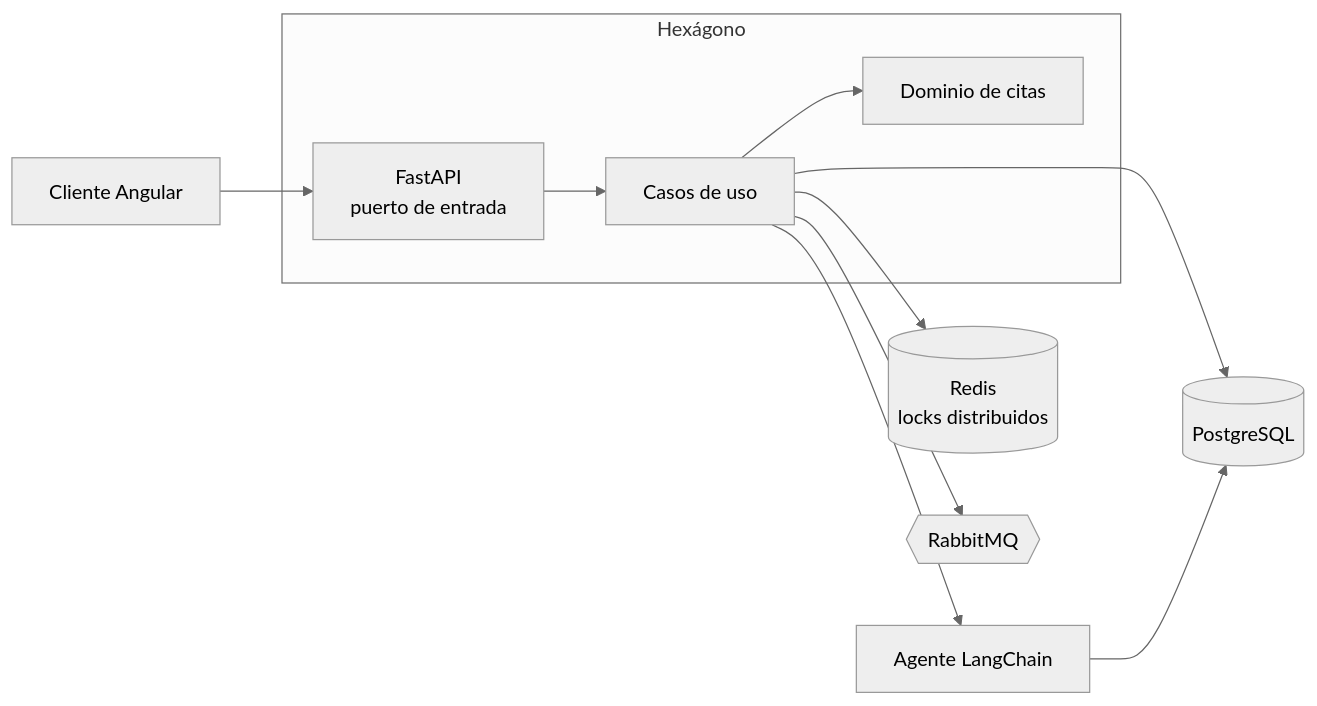
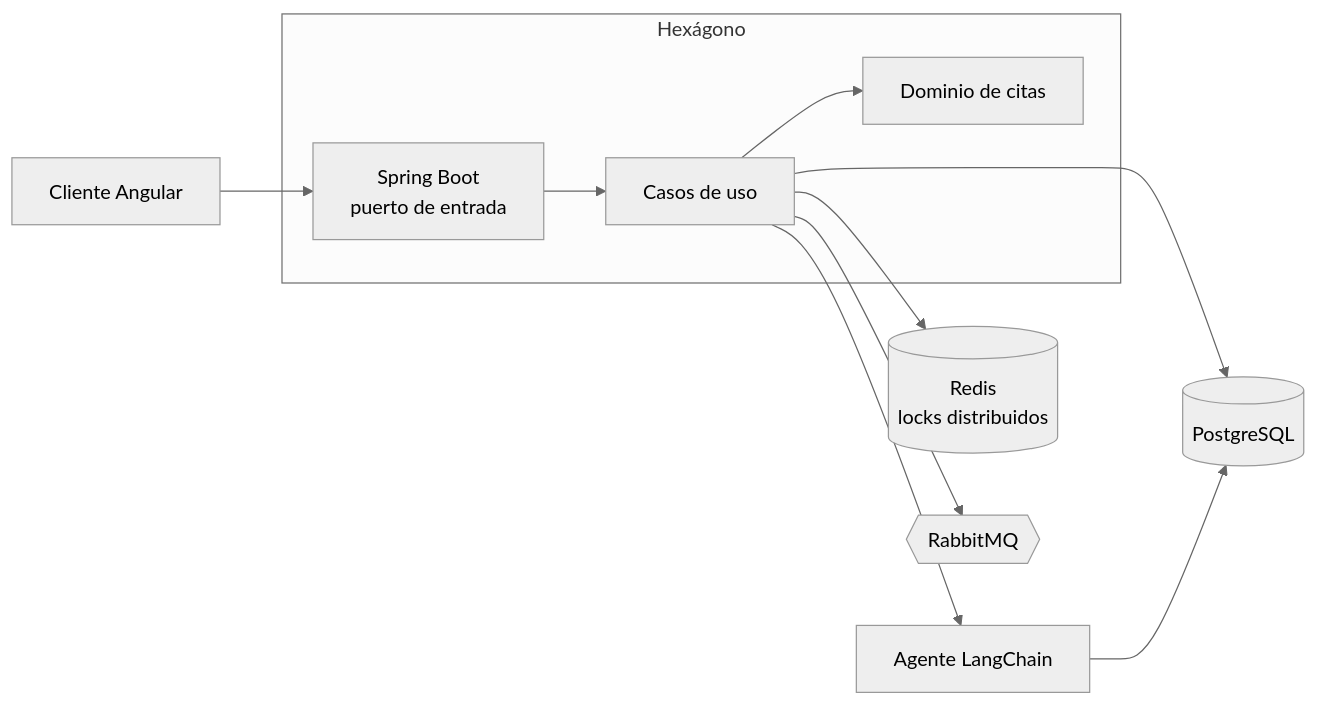
One commit to eduballesteros/eduballesteros changed the second of 2 diagrams in README.md. Above: the diagram before and after it, drawn with Mermaid (neutral theme). The commit also changed other lines of this file, not shown here.

Commit message:
Update technology stack from FastAPI to Spring Boot

````diff
--- a/README.md
+++ b/README.md
@@ -73,13 +73,13 @@
 ```mermaid
 flowchart LR
-    C["Cliente Angular"] --> API["FastAPI<br/>puerto de entrada"]
+    C["Cliente Angular"] --> API["Spring Boot<br/>puerto de entrada"]
     subgraph HEX["Hexágono"]
         API --> UC["Casos de uso"]
         UC --> DOM["Dominio de citas"]
     end
     UC --> R[("Redis<br/>locks distribuidos")]
     UC --> Q{{"RabbitMQ"}}
     UC --> DB[("PostgreSQL")]
     UC --> AG["Agente LangChain"]
     AG --> DB
 ```
````
